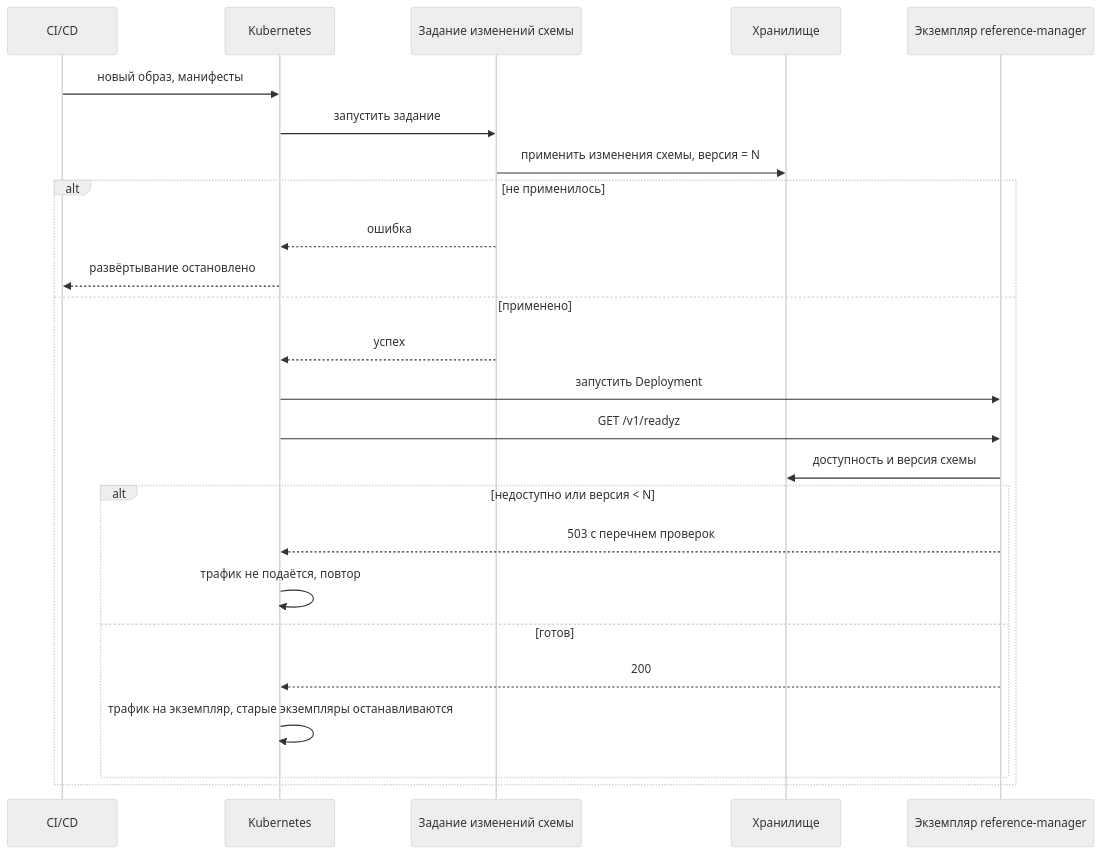
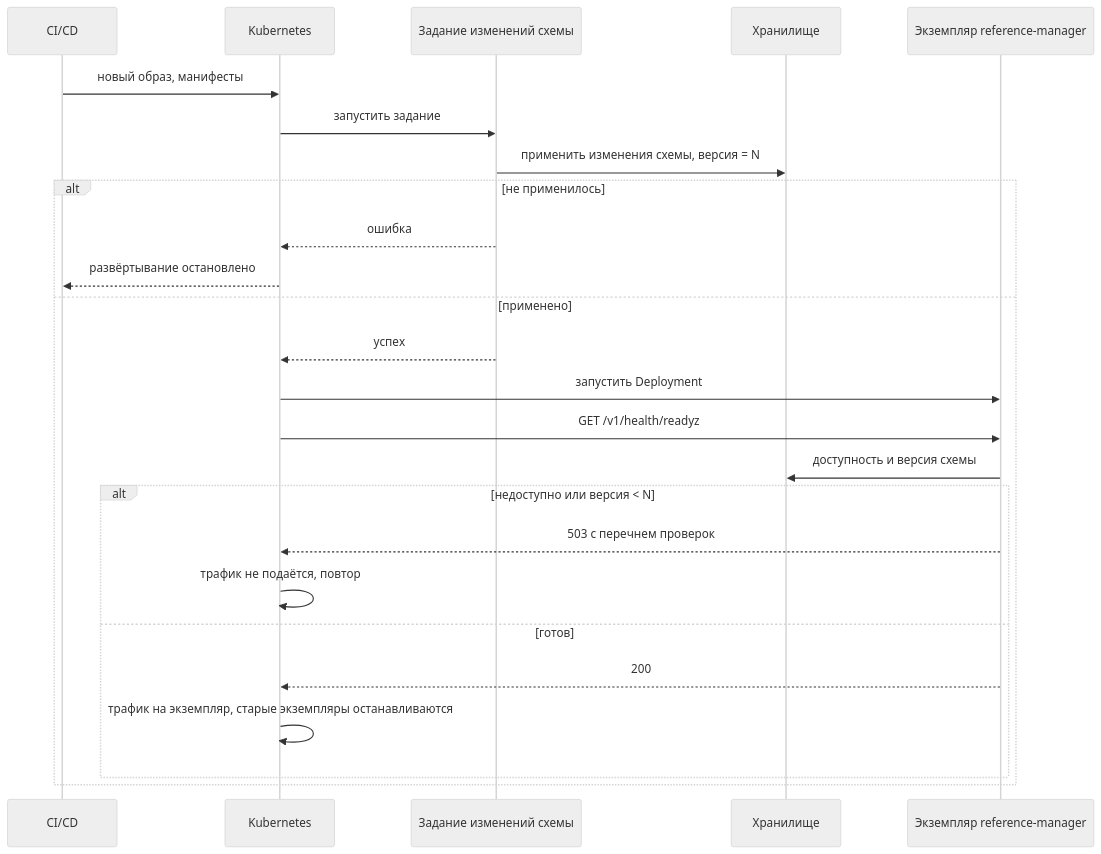
The fifth of 11 diagrams in reference-manager/documents/155.sequence-diagrams.md (MEPhI-C22-501/arch-info-system-monorepo), drawn with Mermaid (neutral theme) before and after one commit. The commit also changed 19 other files, not shown here.

````diff
--- a/reference-manager/documents/155.sequence-diagrams.md
+++ b/reference-manager/documents/155.sequence-diagrams.md
@@ -163,27 +163,27 @@
 ```mermaid
 sequenceDiagram
     participant CI as CI/CD
     participant K as Kubernetes
     participant J as Задание изменений схемы
     participant DB as Хранилище
     participant P as Экземпляр reference-manager
     CI->>K: новый образ, манифесты
     K->>J: запустить задание
     J->>DB: применить изменения схемы, версия = N
     alt не применилось
         J-->>K: ошибка
         K-->>CI: развёртывание остановлено
     else применено
         J-->>K: успех
         K->>P: запустить Deployment
-        K->>P: GET /v1/readyz
+        K->>P: GET /v1/health/readyz
         P->>DB: доступность и версия схемы
         alt недоступно или версия < N
             P-->>K: 503 с перечнем проверок
             K->>K: трафик не подаётся, повтор
         else готов
             P-->>K: 200
             K->>K: трафик на экземпляр, старые экземпляры останавливаются
         end
     end
 ```
````
